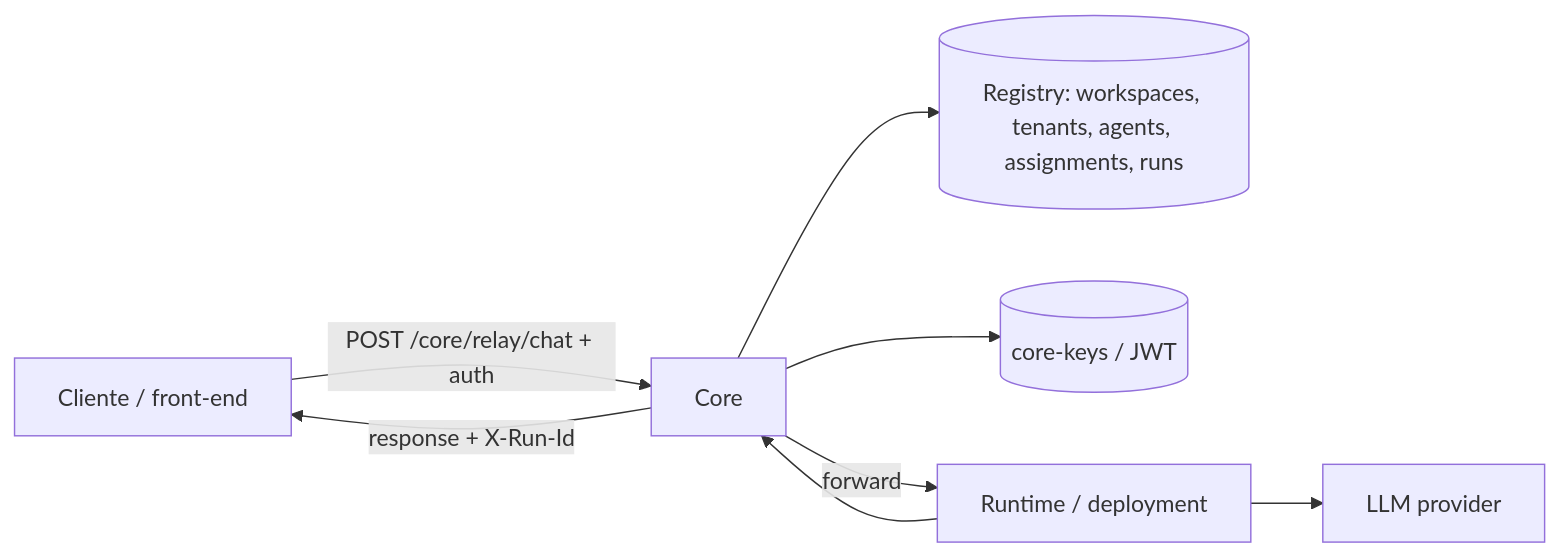
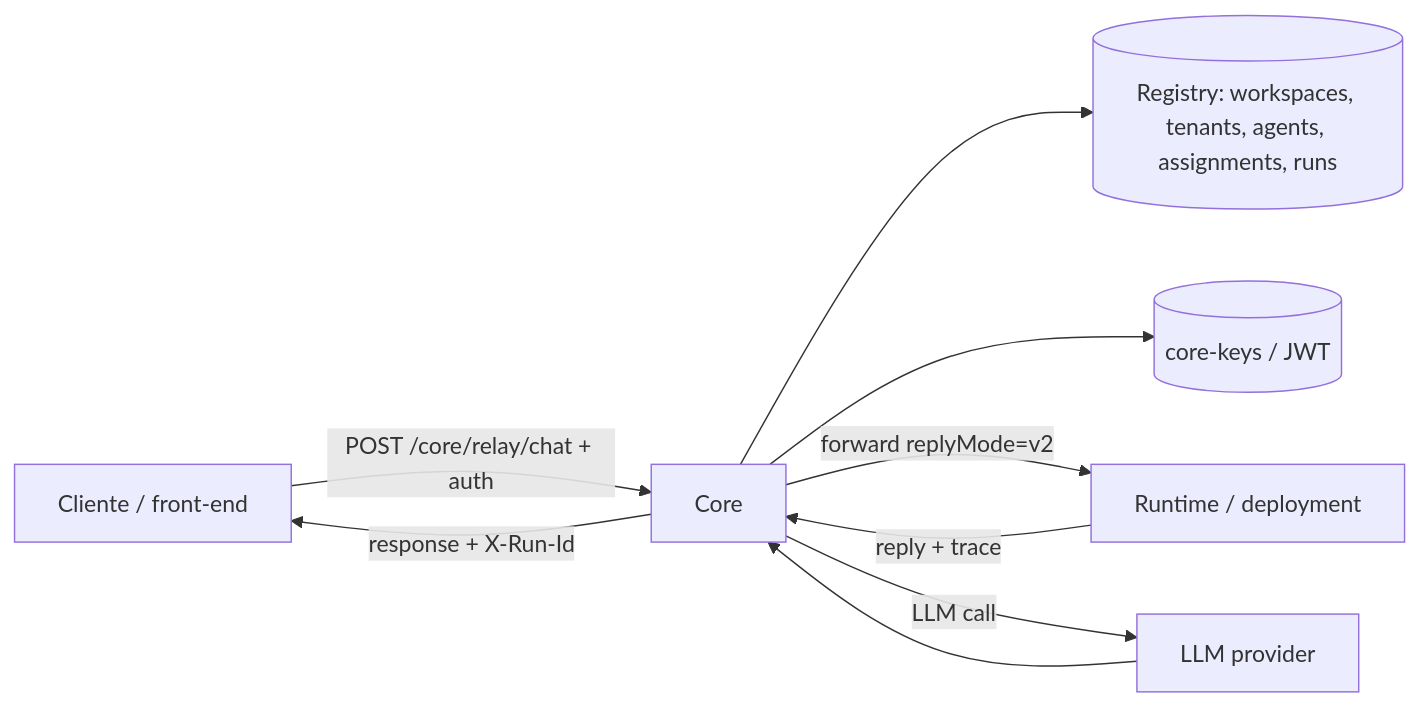
The first of 4 diagrams in docs/playbook/architecture.md (alvaroemur/ennui-agents-core), drawn with Mermaid before and after one commit. The commit also changed other lines of this file and 33 other files, not shown here.

````diff
--- a/docs/playbook/architecture.md
+++ b/docs/playbook/architecture.md
@@ -27,10 +27,11 @@
 ```mermaid
 flowchart LR
     CL[Cliente / front-end] -->|POST /core/relay/chat + auth| CORE[Core]
     CORE --> REG[(Registry: workspaces, tenants, agents, assignments, runs)]
     CORE --> CK[(core-keys / JWT)]
-    CORE -->|forward| RT[Runtime / deployment]
-    RT --> LLM[LLM provider]
-    RT --> CORE
+    CORE -->|forward replyMode=v2| RT[Runtime / deployment]
+    RT -->|reply + trace| CORE
+    CORE -->|LLM call| LLM[LLM provider]
+    LLM --> CORE
     CORE -->|response + X-Run-Id| CL
 ```
````
